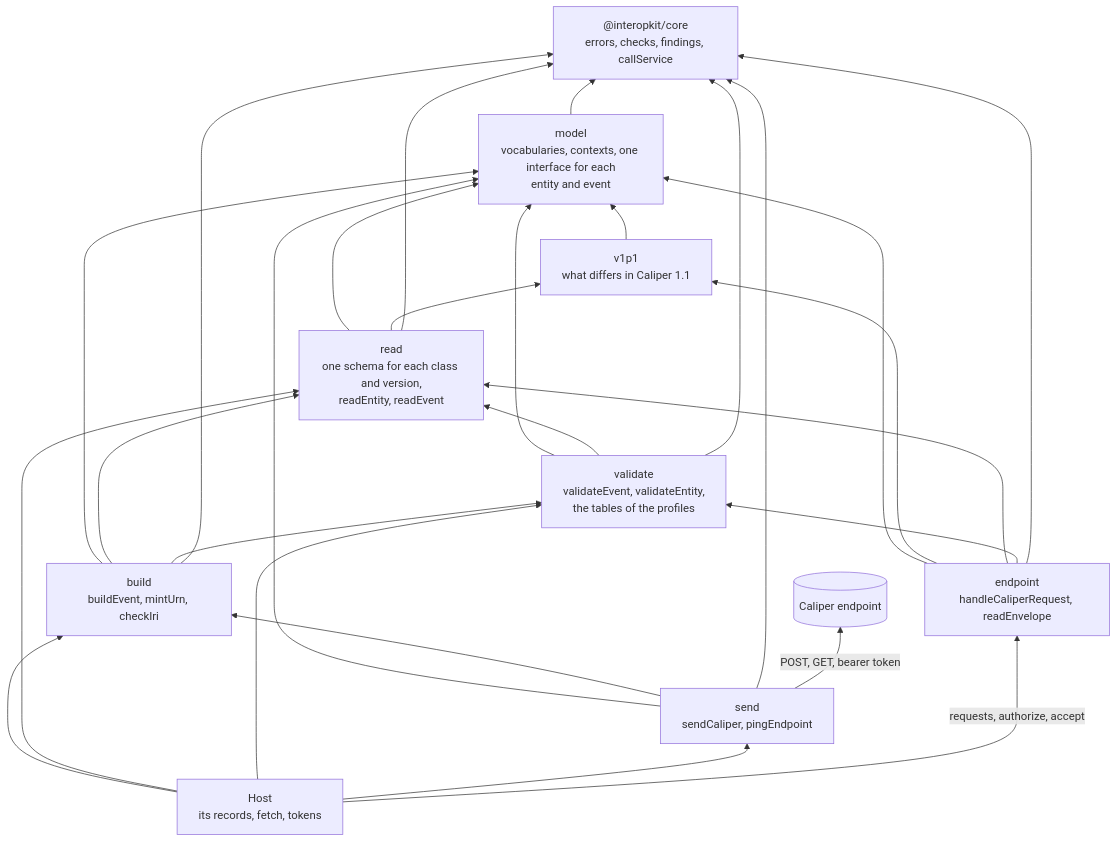
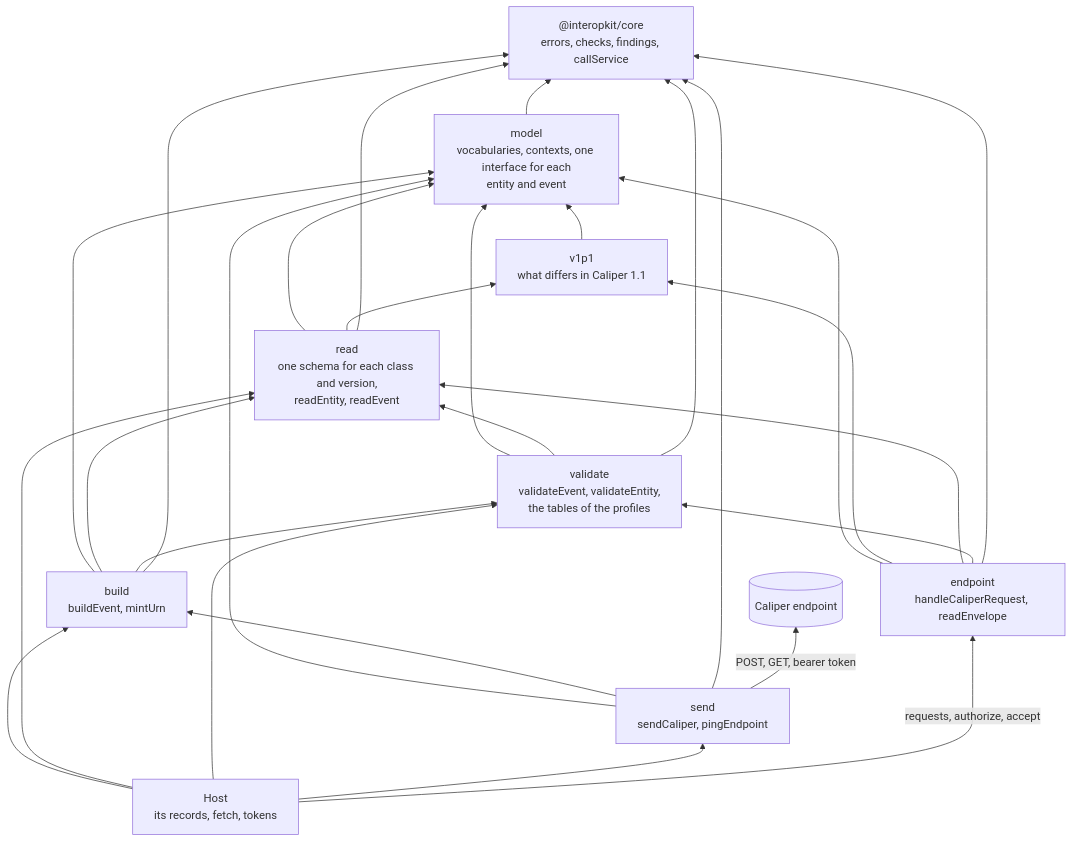
Before and after one commit to interopkit/interopkit: the diagram in docs/learning-analytics/architecture.md, drawn with Mermaid. The commit also changed other lines of this file and 17 other files, not shown here.

First line of the commit message:
Read the options of a sensor with one strict schema, and let core read the answer of a ping

````diff
--- a/docs/learning-analytics/architecture.md
+++ b/docs/learning-analytics/architecture.md
@@ -8,37 +8,37 @@
 ```mermaid
 flowchart BT
   core["@interopkit/core<br/>errors, checks, findings, callService"]
   model["model<br/>vocabularies, contexts, one interface for each<br/>entity and event"]
   v11["v1p1<br/>what differs in Caliper 1.1"]
   read["read<br/>one schema for each class and version,<br/>readEntity, readEvent"]
   validate["validate<br/>validateEvent, validateEntity,<br/>the tables of the profiles"]
-  build["build<br/>buildEvent, mintUrn, checkIri"]
+  build["build<br/>buildEvent, mintUrn"]
   send["send<br/>sendCaliper, pingEndpoint"]
   endpointNode["endpoint<br/>handleCaliperRequest, readEnvelope"]
   v11 --> model
   read --> model
   read --> v11
   validate --> model
   validate --> read
   build --> model
   build --> read
   build --> validate
   send --> model
   send --> build
   endpointNode --> model
   endpointNode --> v11
   endpointNode --> read
   endpointNode --> validate
   model --> core
   read --> core
   validate --> core
   build --> core
   send --> core
   endpointNode --> core
   host["Host<br/>its records, fetch, tokens"] --> build
   host --> read
   host --> validate
   host --> send
   host -->|"requests, authorize, accept"| endpointNode
   send -->|"POST, GET, bearer token"| wire[("Caliper endpoint")]
 ```
````
